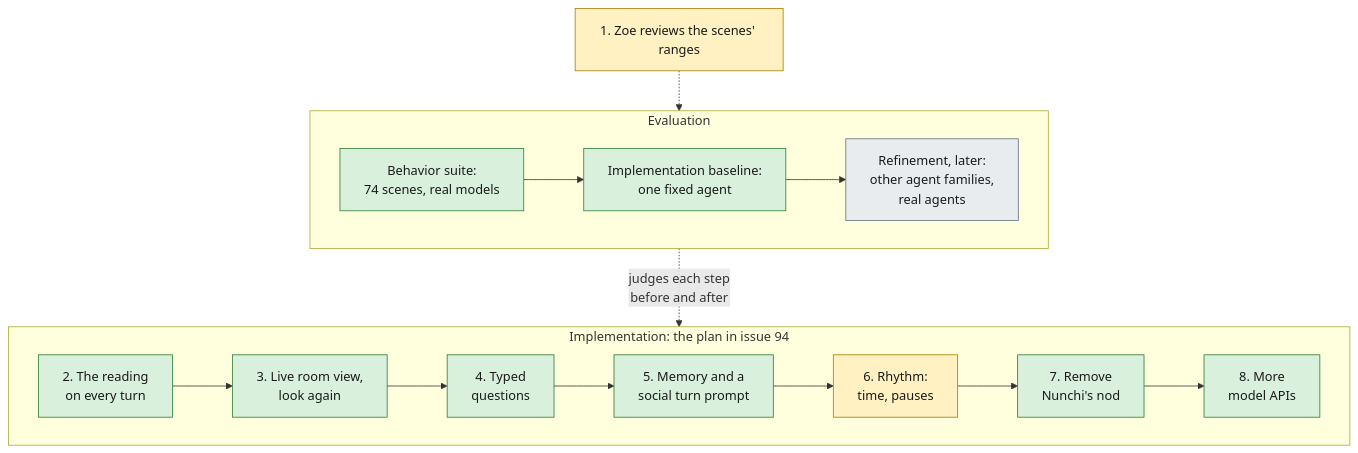
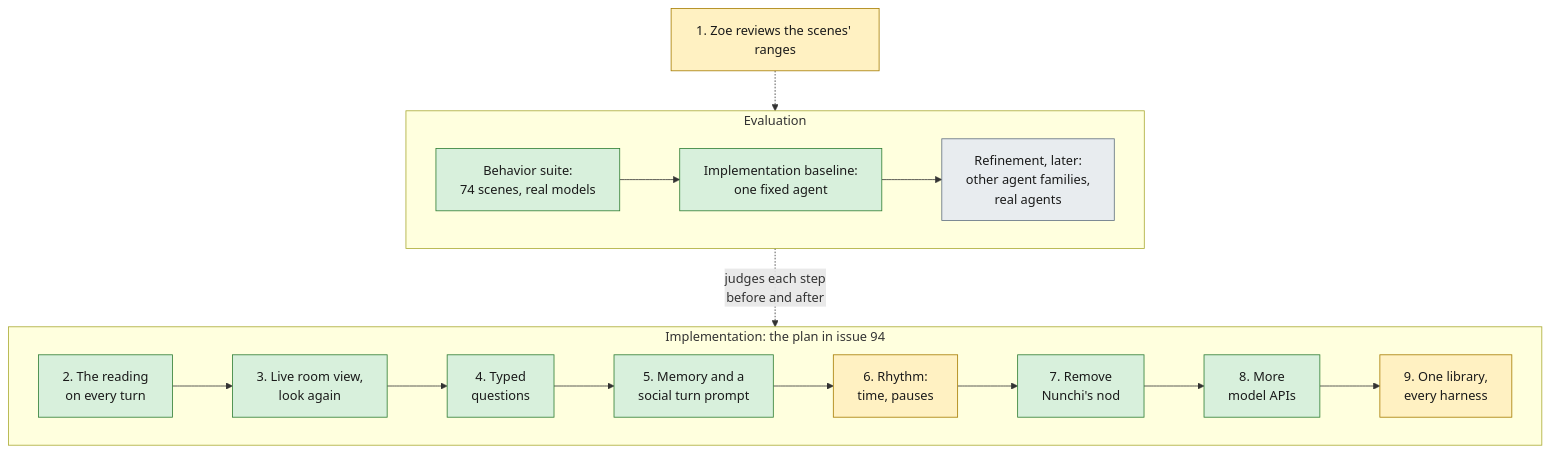
One commit to mentatzoe/nunchi changed the third of 3 diagrams in README.md. Above: the diagram before and after it, drawn with Mermaid. The commit also changed other lines of this file and 5 other files, not shown here.

````diff
--- a/README.md
+++ b/README.md
@@ -85,27 +85,28 @@
 ```mermaid
 flowchart TB
     classDef done fill:#d8f0dc,stroke:#2e7d32,color:#1a1a1a
     classDef next fill:#fff1c2,stroke:#a67c00,color:#1a1a1a
     classDef later fill:#e8ecef,stroke:#607080,color:#1a1a1a
     subgraph build["Implementation: the plan in issue 94"]
         direction LR
         p2["2. The reading<br/>on every turn"]:::done
         p3["3. Live room view,<br/>look again"]:::done
         p4["4. Typed<br/>questions"]:::done
         p5["5. Memory and a<br/>social turn prompt"]:::done
         p6["6. Rhythm:<br/>time, pauses"]:::next
         p7["7. Remove<br/>Nunchi's nod"]:::done
         p8["8. More<br/>model APIs"]:::done
-        p2 --> p3 --> p4 --> p5 --> p6 --> p7 --> p8
+        p9["9. One library,<br/>every harness"]:::next
+        p2 --> p3 --> p4 --> p5 --> p6 --> p7 --> p8 --> p9
     end
     subgraph measure["Evaluation"]
         direction LR
         e1["Behavior suite:<br/>74 scenes, real models"]:::done
         e2["Implementation baseline:<br/>one fixed agent"]:::done
         e3["Refinement, later:<br/>other agent families,<br/>real agents"]:::later
         e1 --> e2 --> e3
     end
     p1["1. Zoe reviews the scenes' ranges"]:::next
     p1 -.-> measure
     measure -. "judges each step<br/>before and after" .-> build
 ```
````
